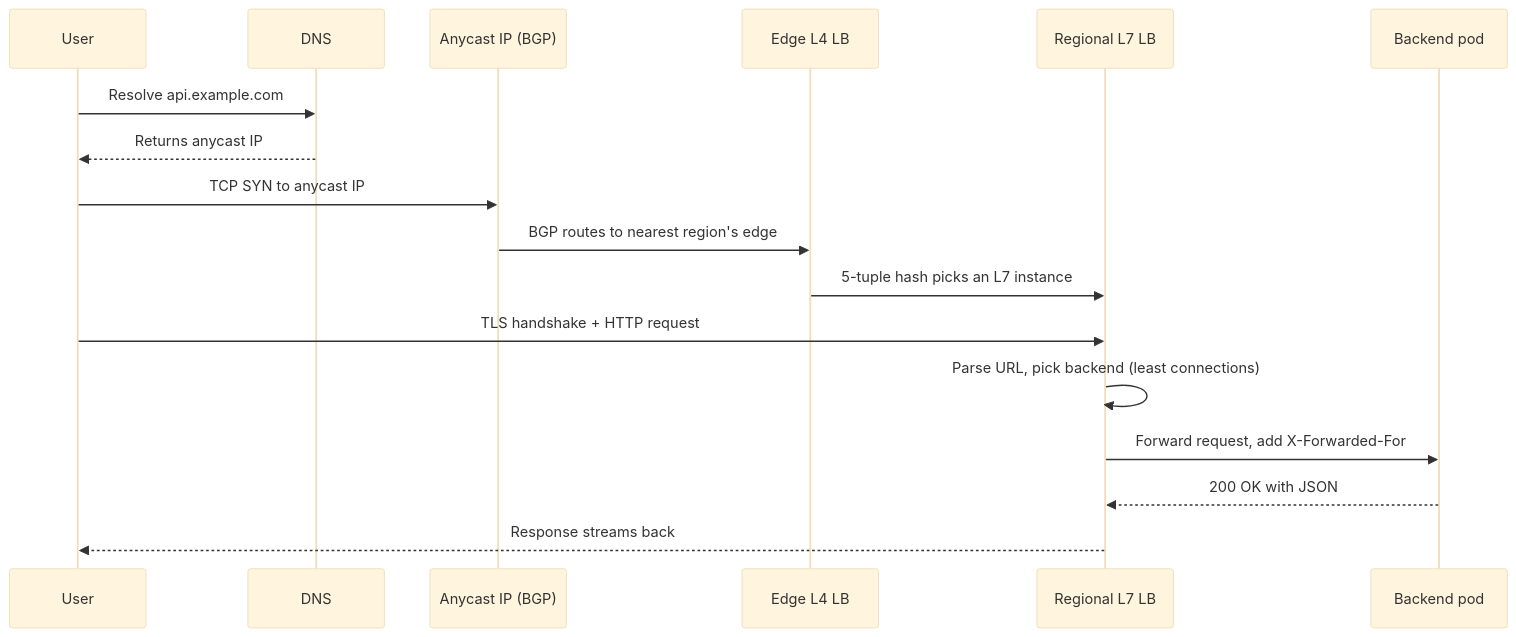
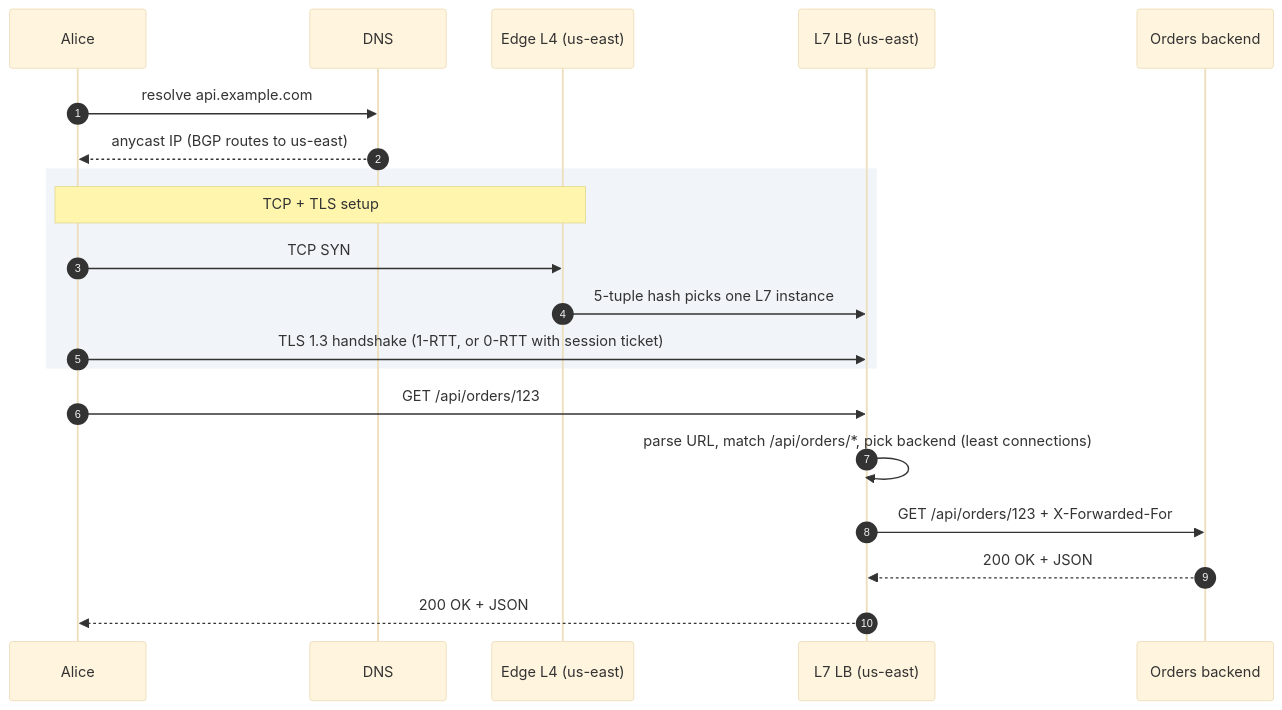
The tenth of 12 diagrams in problems/016-load-balancer/question.md (shiningflash/system-design), drawn with Mermaid (base theme) before and after one commit. The commit also changed other lines of this file and 38 other files, not shown here.

````diff
--- a/problems/016-load-balancer/question.md
+++ b/problems/016-load-balancer/question.md
@@ -256,20 +322,25 @@
 ```mermaid
 sequenceDiagram
-    participant U as User
-    participant D as DNS
-    participant A as Anycast IP (BGP)
-    participant E as Edge L4 LB
-    participant R as Regional L7 LB
-    participant B as Backend pod
+    autonumber
+    participant Alice
+    participant DNS
+    participant EdgeL4 as Edge L4 (us-east)
+    participant L7 as L7 LB (us-east)
+    participant Orders as Orders backend
 
-    U->>D: Resolve api.example.com
-    D-->>U: Returns anycast IP
-    U->>A: TCP SYN to anycast IP
-    A->>E: BGP routes to nearest region's edge
-    E->>R: 5-tuple hash picks an L7 instance
-    U->>R: TLS handshake + HTTP request
-    R->>R: Parse URL, pick backend (least connections)
-    R->>B: Forward request, add X-Forwarded-For
-    B-->>R: 200 OK with JSON
-    R-->>U: Response streams back
+    Alice->>DNS: resolve api.example.com
+    DNS-->>Alice: anycast IP (BGP routes to us-east)
+
+    rect rgb(241, 245, 249)
+        Note over Alice,EdgeL4: TCP + TLS setup
+        Alice->>EdgeL4: TCP SYN
+        EdgeL4->>L7: 5-tuple hash picks one L7 instance
+        Alice->>L7: TLS 1.3 handshake (1-RTT, or 0-RTT with session ticket)
+    end
+
+    Alice->>L7: GET /api/orders/123
+    L7->>L7: parse URL, match /api/orders/*, pick backend (least connections)
+    L7->>Orders: GET /api/orders/123 + X-Forwarded-For
+    Orders-->>L7: 200 OK + JSON
+    L7-->>Alice: 200 OK + JSON
 ```
````
